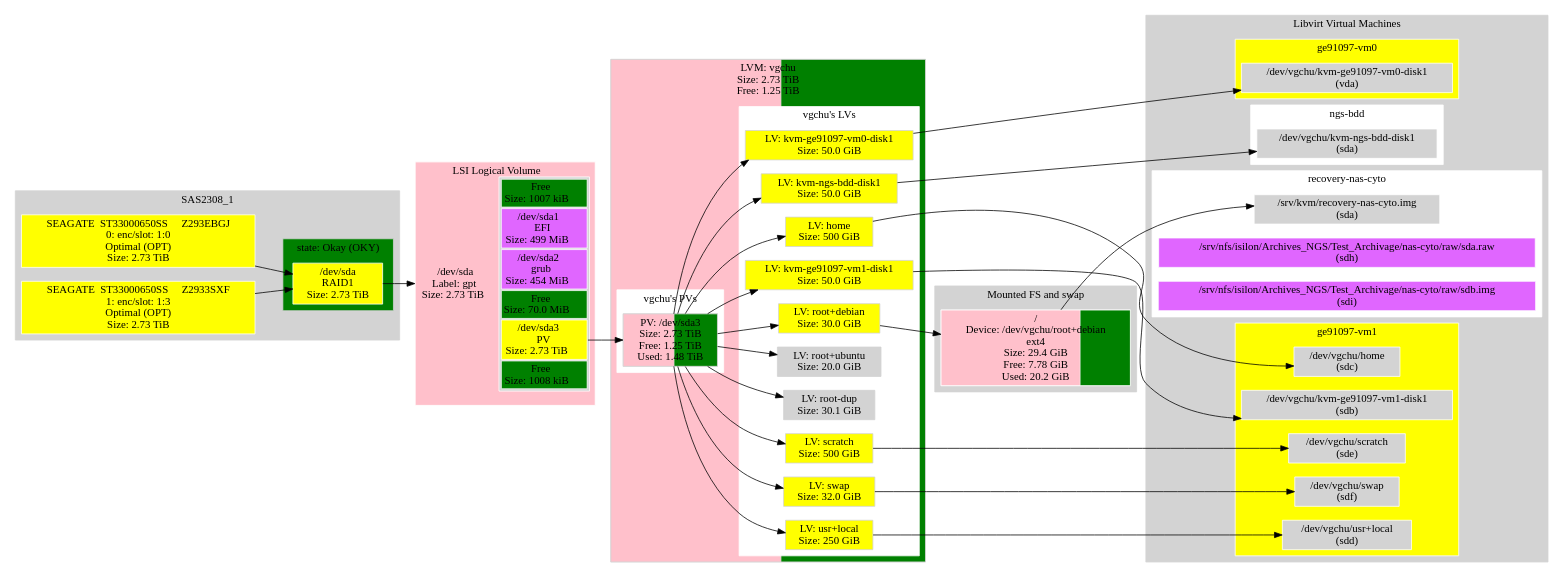
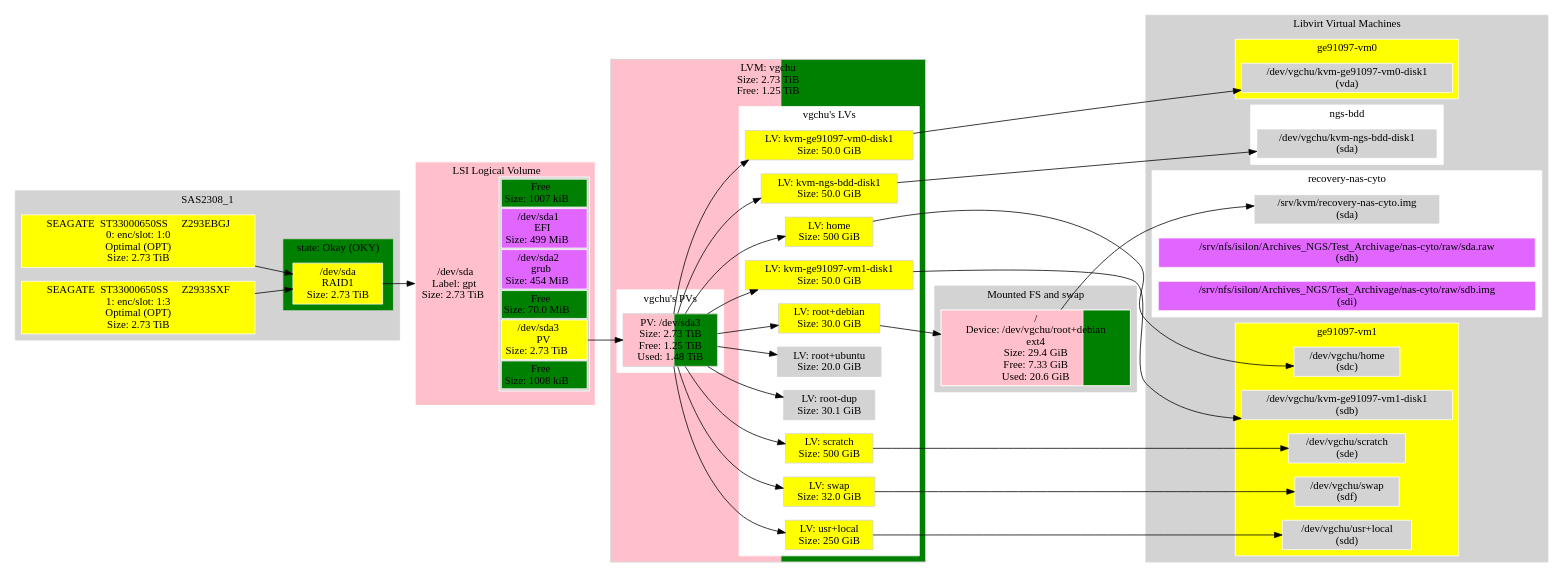
The diagram in distros/S/StorageDisplay/data/ge91097.ref.dot (metacpan/metacpan-cpan-extracted), drawn with Graphviz before and after one commit. The commit also changed 1802 other files, not shown here.

```diff
--- a/distros/S/StorageDisplay/data/ge91097.ref.dot
+++ b/distros/S/StorageDisplay/data/ge91097.ref.dot
@@ -137,8 +137,8 @@
 		fillcolor=lightgrey;
 		node [style=filled,color=white,fillcolor=lightgrey,shape=rectangle];
 		{ "@FS@/" [
-			label="/\nDevice: /dev/vgchu/root+debian\next4\nSize: 29.4 GiB\nFree: 7.78 GiB\nUsed: 20.2 GiB";
-			style=striped;fillcolor="pink;0.735279.2:green"
+			label="/\nDevice: /dev/vgchu/root+debian\next4\nSize: 29.4 GiB\nFree: 7.33 GiB\nUsed: 20.6 GiB";
+			style=striped;fillcolor="pink;0.750761.2:green"
 		]; }
 		label="Mounted FS and swap";
 	}
@@ -204,16 +204,16 @@
 		label="Libvirt Virtual Machines";
 	}
 	// Links from LVM VG: vgchu
+	"LVM@vgchu@PV@sda3" -> "dm-6"
+	"LVM@vgchu@PV@sda3" -> "dm-11"
+	"LVM@vgchu@PV@sda3" -> "dm-10"
+	"LVM@vgchu@PV@sda3" -> "dm-9"
 	"LVM@vgchu@PV@sda3" -> "dm-1"
+	"LVM@vgchu@PV@sda3" -> "dm-4"
+	"LVM@vgchu@PV@sda3" -> "dm-3"
+	"LVM@vgchu@PV@sda3" -> "dm-7"
 	"LVM@vgchu@PV@sda3" -> "dm-8"
-	"LVM@vgchu@PV@sda3" -> "dm-6"
 	"LVM@vgchu@PV@sda3" -> "dm-5"
-	"LVM@vgchu@PV@sda3" -> "dm-7"
-	"LVM@vgchu@PV@sda3" -> "dm-9"
-	"LVM@vgchu@PV@sda3" -> "dm-4"
-	"LVM@vgchu@PV@sda3" -> "dm-10"
-	"LVM@vgchu@PV@sda3" -> "dm-11"
-	"LVM@vgchu@PV@sda3" -> "dm-3"
 	// Links from MegaCli: Controller 0
 	"@LSISASIrcu@0@dev@LSISASIrcu@1:0" -> "1"
 	"@LSISASIrcu@0@dev@LSISASIrcu@1:3" -> "1"
```
